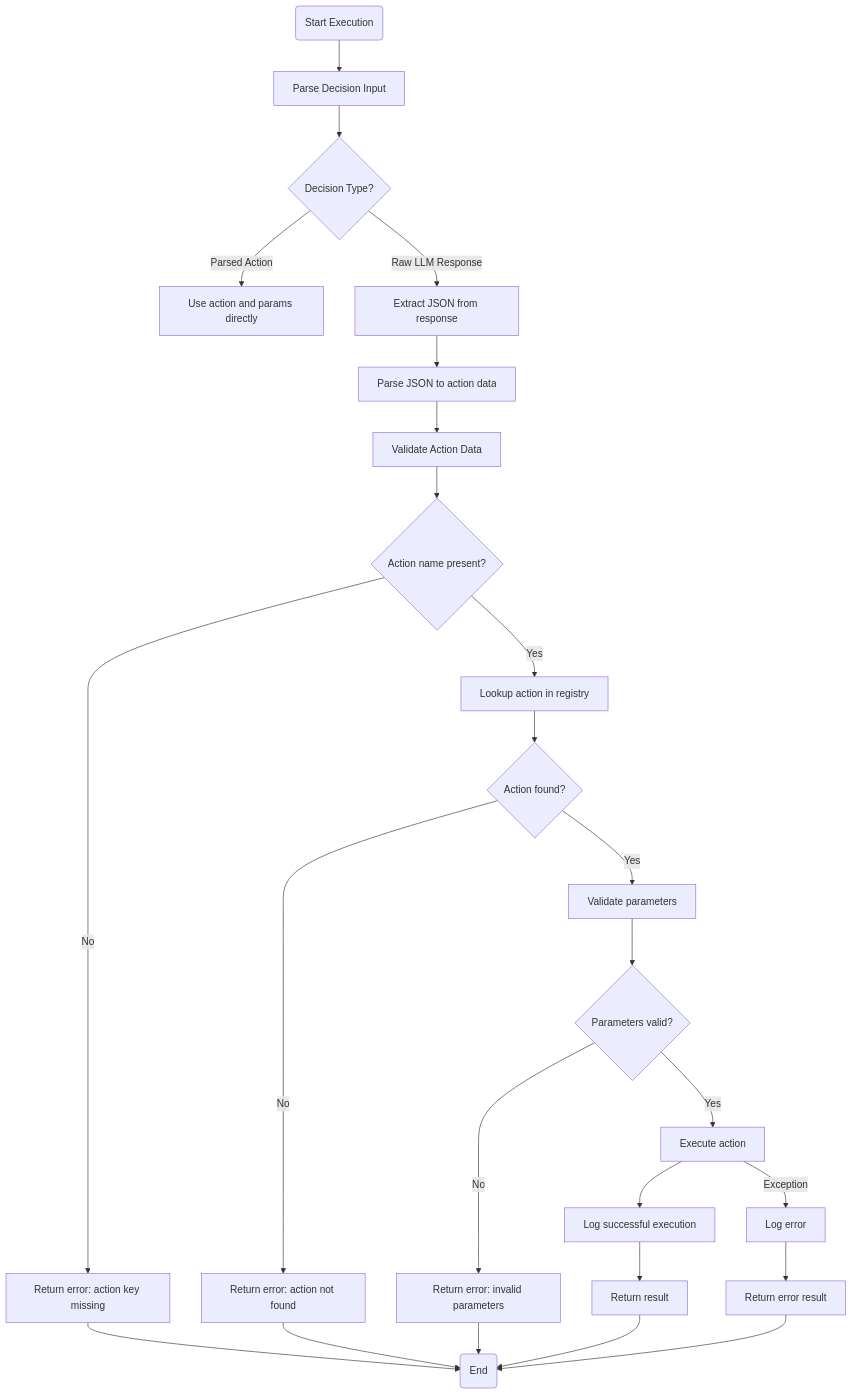
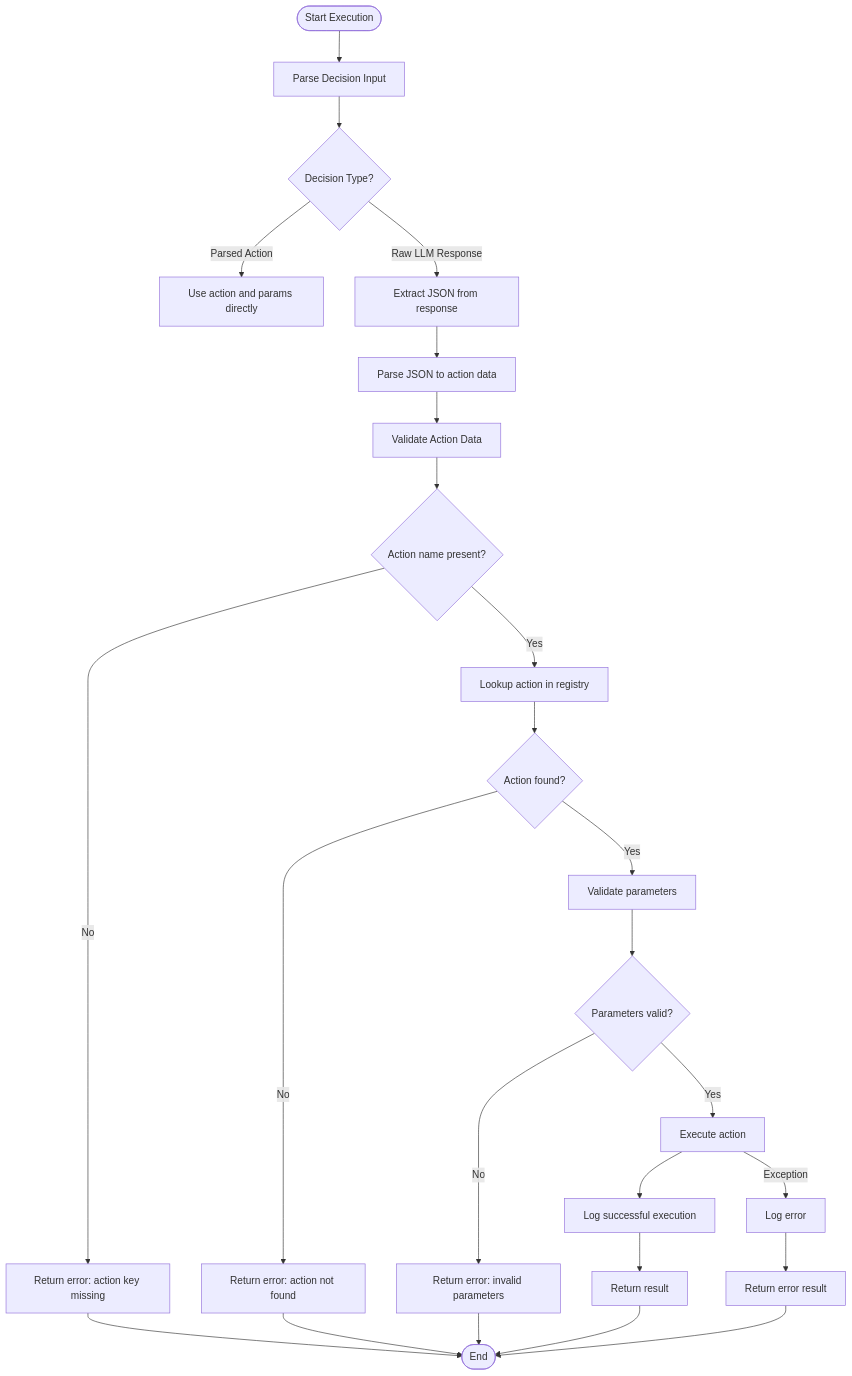
Before and after one commit to Likhithsai2580/RAVANA-WIKI: the fifth of 8 diagrams in docs/Action System/Action Manager.md, drawn with Mermaid. The commit also changed other lines of this file and 78 other files, not shown here.

````diff
--- a/docs/Action System/Action Manager.md
+++ b/docs/Action System/Action Manager.md
@@ -198,28 +194,27 @@
 ```mermaid
 flowchart TD
-Start("Start Execution") --> ParseDecision["Parse Decision Input"]
+Start([Start Execution]) --> ParseDecision["Parse Decision Input"]
 ParseDecision --> DecisionType{"Decision Type?"}
 DecisionType --> |Parsed Action| UseDirect["Use action and params directly"]
 DecisionType --> |Raw LLM Response| ExtractJSON["Extract JSON from response"]
 ExtractJSON --> ParseJSON["Parse JSON to action data"]
 ParseJSON --> ValidateAction["Validate Action Data"]
 ValidateAction --> CheckAction{"Action name present?"}
 CheckAction --> |No| ReturnError1["Return error: action key missing"]
 CheckAction --> |Yes| LookupAction["Lookup action in registry"]
 LookupAction --> ActionFound{"Action found?"}
 ActionFound --> |No| ReturnError2["Return error: action not found"]
 ActionFound --> |Yes| ValidateParams["Validate parameters"]
 ValidateParams --> ParamsValid{"Parameters valid?"}
 ParamsValid --> |No| ReturnError3["Return error: invalid parameters"]
 ParamsValid --> |Yes| ExecuteAction["Execute action"]
 ExecuteAction --> LogSuccess["Log successful execution"]
 ExecuteAction --> |Exception| LogError["Log error"]
 LogSuccess --> ReturnResult["Return result"]
 LogError --> ReturnError4["Return error result"]
-ReturnResult --> End("End")
+ReturnResult --> End([End])
 ReturnError1 --> End
 ReturnError2 --> End
 ReturnError3 --> End
 ReturnError4 --> End
-
 ```
````
